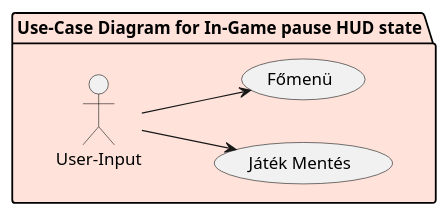
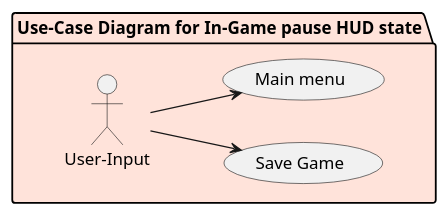
One commit to Harcipan/Projlab_nullpointerexception changed the diagram in diagrams/diagramFiles/UC_PauseHUD.puml. Above: the diagram before and after it, drawn with PlantUML. The commit also changed 3 other files, not shown here.

Commit message:
req_fin and zsiga uml fix

```diff
--- a/diagrams/diagramFiles/UC_PauseHUD.puml
+++ b/diagrams/diagramFiles/UC_PauseHUD.puml
@@ -1,17 +1,17 @@
 @startuml UC_PauseHUD
 
 package "Use-Case Diagram for In-Game pause HUD state" #ffe3da {
 
     left to right direction
 
     actor UserInput as "User-Input"
 
-    (JatekMentes) as "Játék Mentés"
-    (Fomenu) as "Főmenü"
+    (SaveGame) as "Save Game"
+    (Mainmenu) as "Main menu"
 
-    UserInput --> (JatekMentes)
-    UserInput --> (Fomenu)
+    UserInput --> (SaveGame)
+    UserInput --> (Mainmenu)
     
 }
 
 @enduml
```
